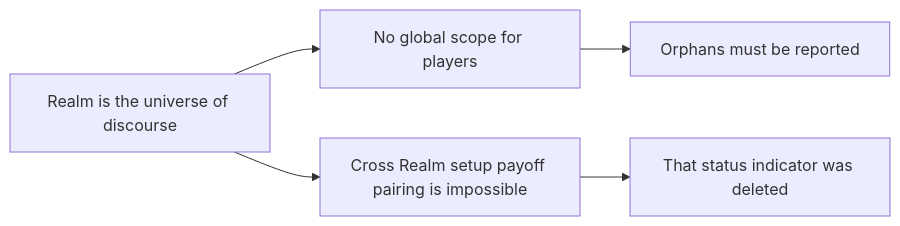
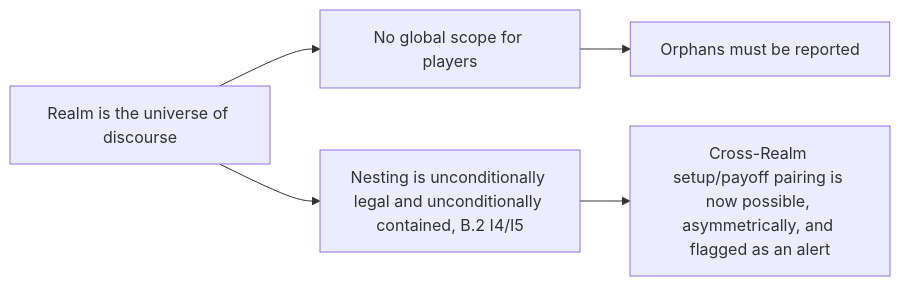
The fifth of 7 diagrams in docs/spec/appendix-b-notation-and-cross-cutting.md (mlao-pdx/obsidian-plugin), drawn with Mermaid before and after one commit. The commit also changed other lines of this file and 19 other files, not shown here.

First line of the commit message:
docs(spec): redesign hierarchy with unconditional realm nesting

````diff
--- a/docs/spec/appendix-b-notation-and-cross-cutting.md
+++ b/docs/spec/appendix-b-notation-and-cross-cutting.md
@@ -111,10 +113,10 @@
 ```mermaid
 flowchart LR
     R1[Realm is the universe of discourse]
     R2[No global scope for players]
     R3[Orphans must be reported]
-    R4[Cross Realm setup payoff pairing is impossible]
-    R5[That status indicator was deleted]
+    R4[Nesting is unconditionally legal and unconditionally contained, B.2 I4/I5]
+    R5[Cross-Realm setup/payoff pairing is now possible, asymmetrically, and flagged as an alert]
     R1 --> R2 --> R3
     R1 --> R4 --> R5
 ```
````
